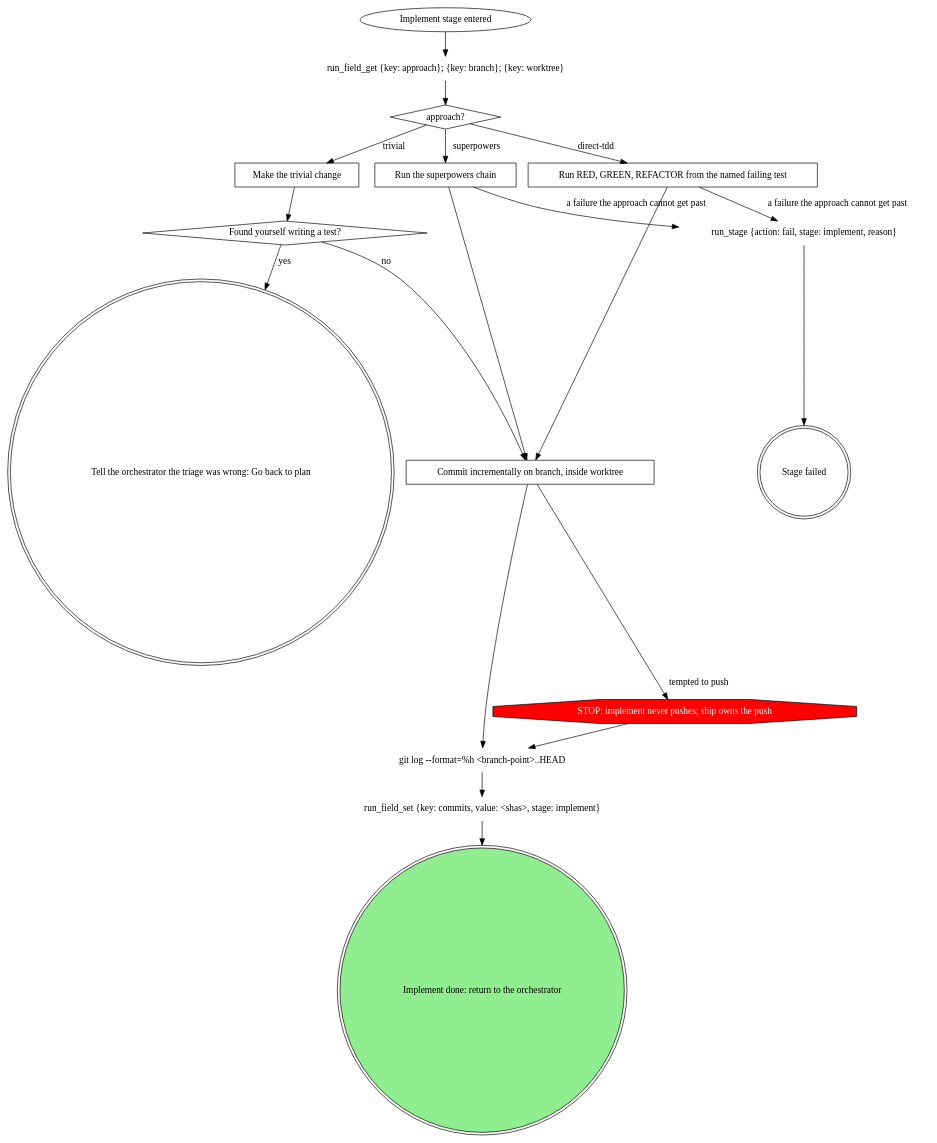
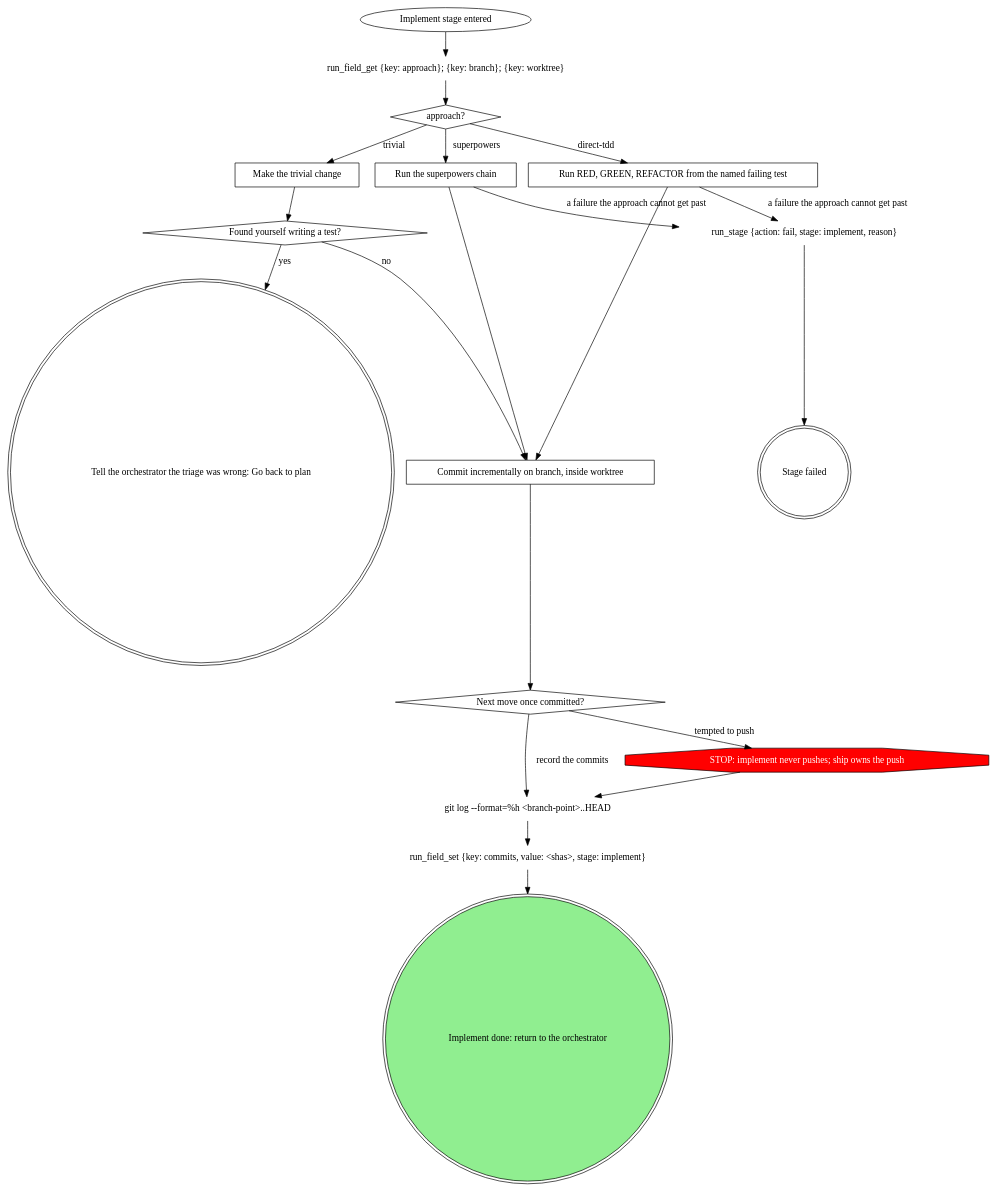
The diagram in plugins/mattstack/attachments/pipeline/stage-implement/SKILL.md (m4ttstack/mattstack), drawn with Graphviz before and after one commit. The commit also changed 2 other files, not shown here.

Commit message:
pipeline: hang gates, implement and plan guard STOPs off decisions

````diff
--- a/plugins/mattstack/attachments/pipeline/stage-implement/SKILL.md
+++ b/plugins/mattstack/attachments/pipeline/stage-implement/SKILL.md
@@ -22,40 +22,42 @@
 ```dot
 digraph implement {
     rankdir=TB;
 
     "Implement stage entered" [shape=ellipse];
     "run_field_get {key: approach}; {key: branch}; {key: worktree}" [shape=plaintext];
     "approach?" [shape=diamond];
     "Make the trivial change" [shape=box];
     "Found yourself writing a test?" [shape=diamond];
     "Run RED, GREEN, REFACTOR from the named failing test" [shape=box];
     "Run the superpowers chain" [shape=box];
     "Commit incrementally on branch, inside worktree" [shape=box];
+    "Next move once committed?" [shape=diamond];
     "STOP: implement never pushes; ship owns the push" [shape=octagon style=filled fillcolor=red fontcolor=white];
     "git log --format=%h <branch-point>..HEAD" [shape=plaintext];
     "run_field_set {key: commits, value: <shas>, stage: implement}" [shape=plaintext];
     "run_stage {action: fail, stage: implement, reason}" [shape=plaintext];
     "Stage failed" [shape=doublecircle];
     "Tell the orchestrator the triage was wrong: Go back to plan" [shape=doublecircle];
     "Implement done: return to the orchestrator" [shape=doublecircle style=filled fillcolor=lightgreen];
 
     "Implement stage entered" -> "run_field_get {key: approach}; {key: branch}; {key: worktree}";
     "run_field_get {key: approach}; {key: branch}; {key: worktree}" -> "approach?";
     "approach?" -> "Make the trivial change" [label="trivial"];
     "approach?" -> "Run RED, GREEN, REFACTOR from the named failing test" [label="direct-tdd"];
     "approach?" -> "Run the superpowers chain" [label="superpowers"];
     "Make the trivial change" -> "Found yourself writing a test?";
     "Found yourself writing a test?" -> "Tell the orchestrator the triage was wrong: Go back to plan" [label="yes"];
     "Found yourself writing a test?" -> "Commit incrementally on branch, inside worktree" [label="no"];
     "Run RED, GREEN, REFACTOR from the named failing test" -> "Commit incrementally on branch, inside worktree";
     "Run RED, GREEN, REFACTOR from the named failing test" -> "run_stage {action: fail, stage: implement, reason}" [label="a failure the approach cannot get past"];
     "Run the superpowers chain" -> "Commit incrementally on branch, inside worktree";
     "Run the superpowers chain" -> "run_stage {action: fail, stage: implement, reason}" [label="a failure the approach cannot get past"];
-    "Commit incrementally on branch, inside worktree" -> "git log --format=%h <branch-point>..HEAD";
-    "Commit incrementally on branch, inside worktree" -> "STOP: implement never pushes; ship owns the push" [label="tempted to push"];
+    "Commit incrementally on branch, inside worktree" -> "Next move once committed?";
+    "Next move once committed?" -> "git log --format=%h <branch-point>..HEAD" [label="record the commits"];
+    "Next move once committed?" -> "STOP: implement never pushes; ship owns the push" [label="tempted to push"];
     "STOP: implement never pushes; ship owns the push" -> "git log --format=%h <branch-point>..HEAD";
     "git log --format=%h <branch-point>..HEAD" -> "run_field_set {key: commits, value: <shas>, stage: implement}";
     "run_field_set {key: commits, value: <shas>, stage: implement}" -> "Implement done: return to the orchestrator";
     "run_stage {action: fail, stage: implement, reason}" -> "Stage failed";
 }
 ```
````
